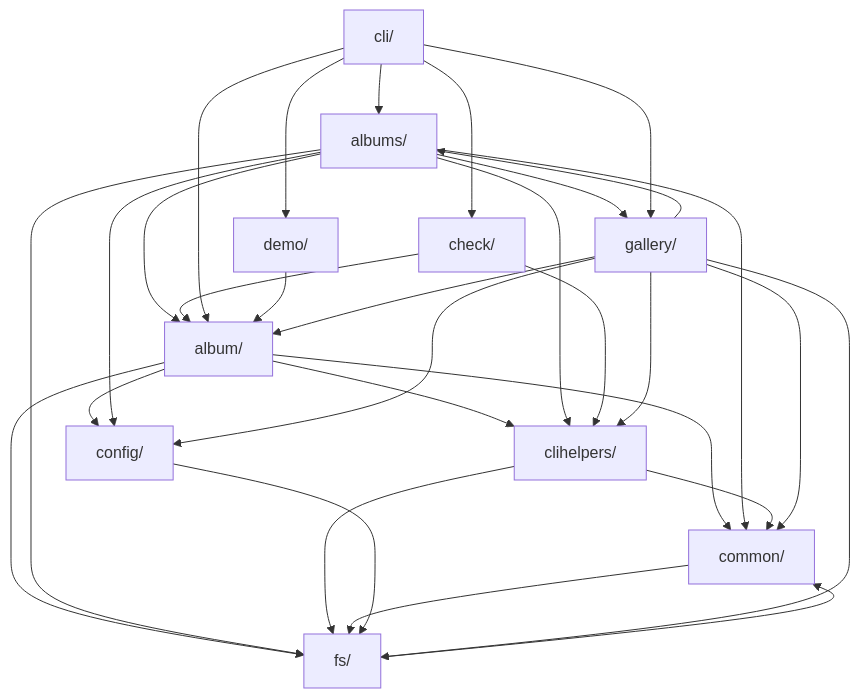
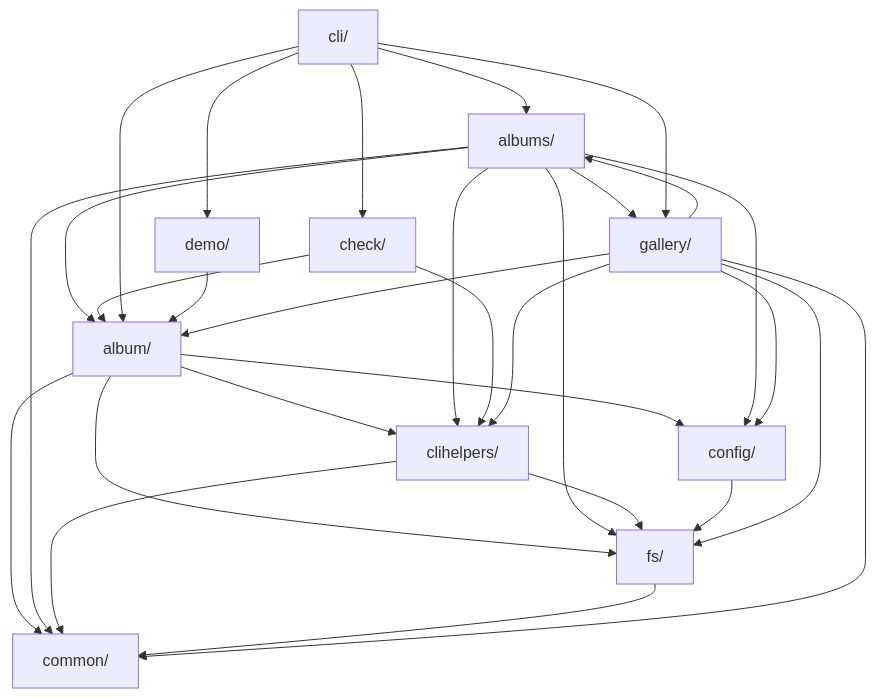
Before and after one commit to iglootools/photree: the diagram in docs/architecture.md, drawn with Mermaid. The commit also changed 24 other files, not shown here.

````diff
--- a/docs/architecture.md
+++ b/docs/architecture.md
@@ -17,43 +17,42 @@
 ```mermaid
 graph TD
     album["album/"]
     albums["albums/"]
     check["check/"]
     cli["cli/"]
     clihelpers["clihelpers/"]
     common["common/"]
     config["config/"]
     demo["demo/"]
     fs["fs/"]
     gallery["gallery/"]
 
     album --> clihelpers
     album --> common
     album --> config
     album --> fs
     albums --> album
     albums --> clihelpers
     albums --> common
     albums --> config
     albums --> fs
     albums --> gallery
     check --> album
     check --> clihelpers
     cli --> album
     cli --> albums
     cli --> check
     cli --> demo
     cli --> gallery
     clihelpers --> common
     clihelpers --> fs
-    common --> fs
     config --> fs
     demo --> album
     fs --> common
     gallery --> album
     gallery --> albums
     gallery --> clihelpers
     gallery --> common
     gallery --> config
     gallery --> fs
 ```
````
